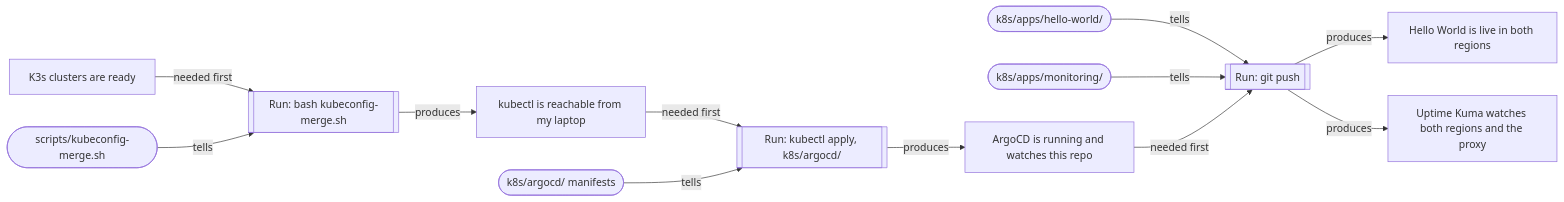
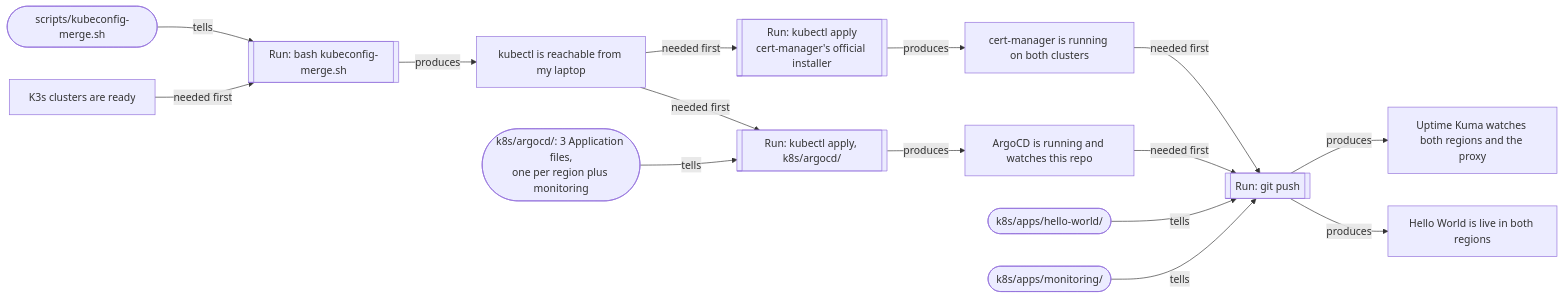
The fourth of 5 diagrams in README.md (Dennis4507/cloud-native-ha-platform), drawn with Mermaid before and after one commit. The commit also changed other lines of this file, not shown here.

````diff
--- a/README.md
+++ b/README.md
@@ -101,16 +106,20 @@
 ```mermaid
 flowchart LR
     IN3["K3s clusters are ready"] -->|needed first| CMD3B[["Run: bash kubeconfig-merge.sh"]]
     F3B(["scripts/kubeconfig-merge.sh"]) -->|tells| CMD3B
     CMD3B -->|produces| OUT3B["kubectl is reachable from my laptop"]
 
     OUT3B -->|needed first| CMD4[["Run: kubectl apply, k8s/argocd/"]]
-    F4(["k8s/argocd/ manifests"]) -->|tells| CMD4
+    F4(["k8s/argocd/: 3 Application files,<br/>one per region plus monitoring"]) -->|tells| CMD4
     CMD4 -->|produces| OUT4["ArgoCD is running and watches this repo"]
+
+    OUT3B -->|needed first| CMDCM[["Run: kubectl apply<br/>cert-manager's official installer"]]
+    CMDCM -->|produces| OUTCM["cert-manager is running on both clusters"]
 
     F5A(["k8s/apps/hello-world/"]) -->|tells| CMD5[["Run: git push"]]
     F5B(["k8s/apps/monitoring/"]) -->|tells| CMD5
     OUT4 -->|needed first| CMD5
+    OUTCM -->|needed first| CMD5
     CMD5 -->|produces| OUT5A["Hello World is live in both regions"]
     CMD5 -->|produces| OUT5B["Uptime Kuma watches both regions and the proxy"]
 ```
````
